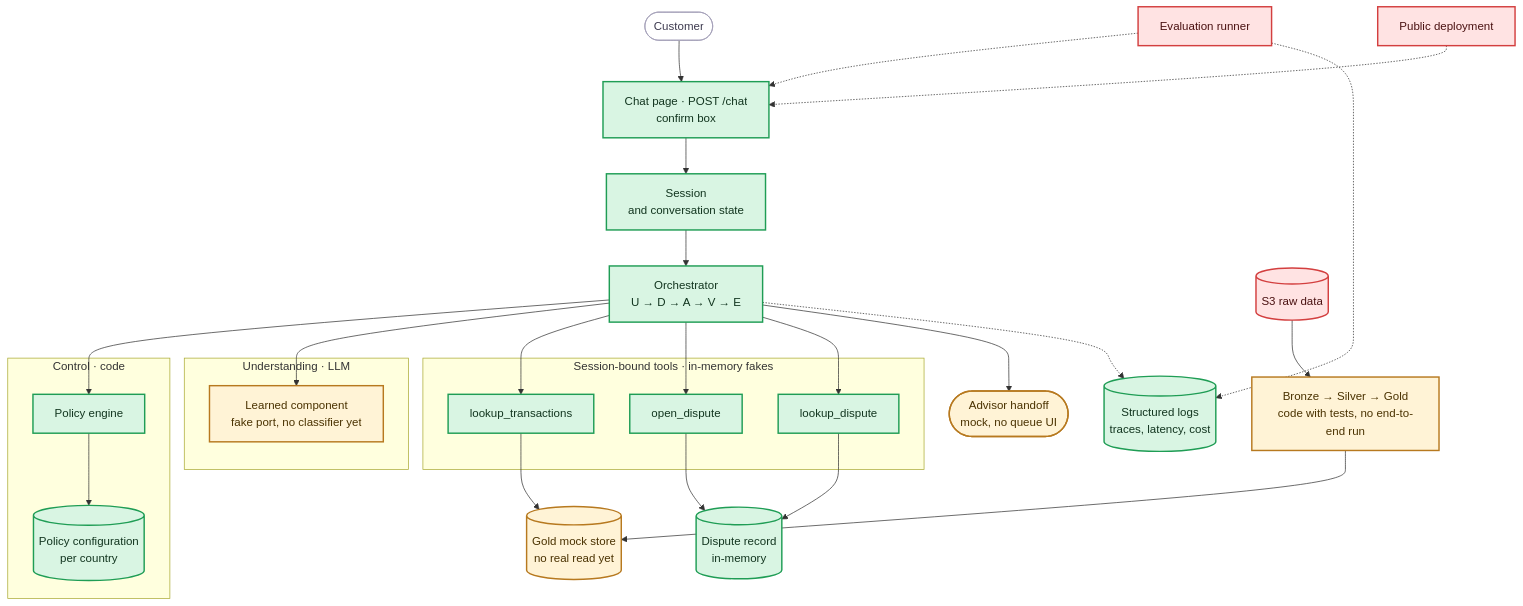
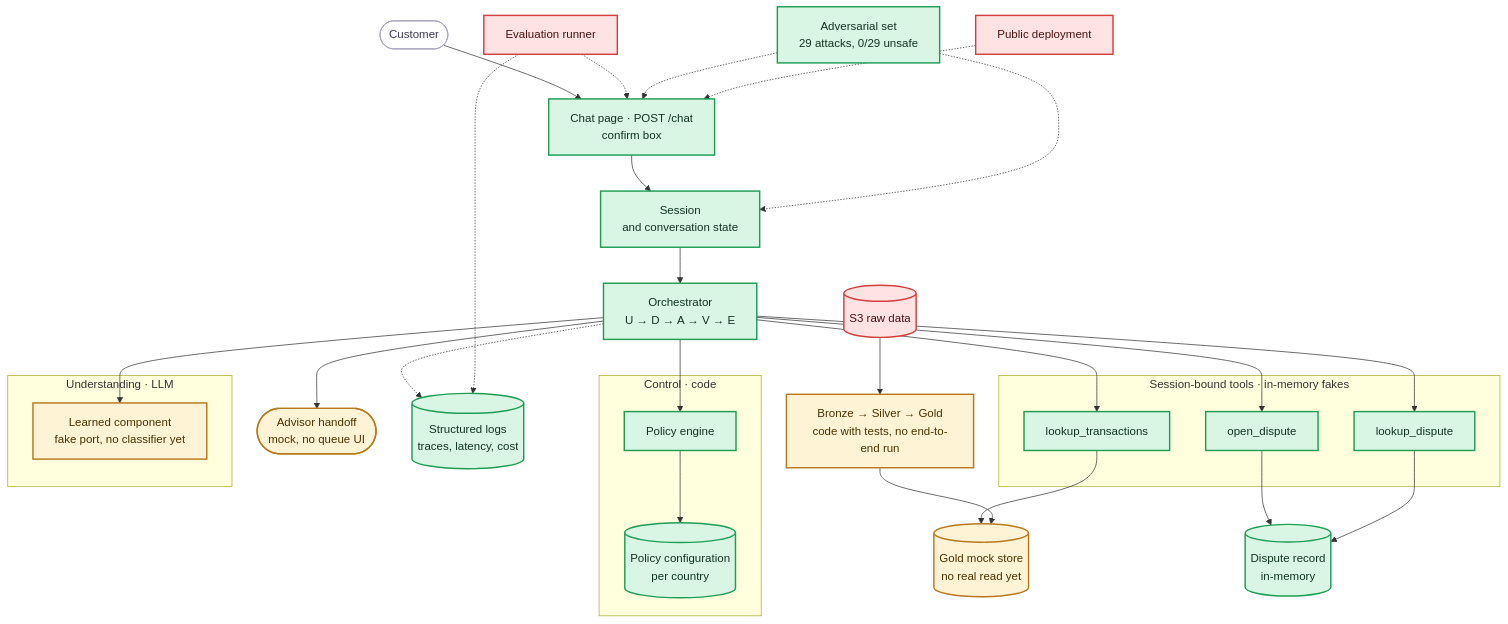
One commit to rdorta27/factored-hackathon-2026-sentinel-engine changed the diagram in team/component-status.md. Above: the diagram before and after it, drawn with Mermaid. The commit also changed other lines of this file and 4 other files, not shown here.

````diff
--- a/team/component-status.md
+++ b/team/component-status.md
@@ -7,43 +7,45 @@
 ```mermaid
 flowchart TB
     client(["Customer"]) --> chat["Chat page · POST /chat<br/>confirm box"]
     chat --> session["Session<br/>and conversation state"]
     session --> orch["Orchestrator<br/>U → D → A → V → E"]
 
     subgraph control["Control · code"]
         policy["Policy engine"]
         config[("Policy configuration<br/>per country")]
         policy --> config
     end
     subgraph toolset["Session-bound tools · in-memory fakes"]
         lookup["lookup_transactions"]
         open["open_dispute"]
         verify["lookup_dispute"]
     end
     subgraph brain["Understanding · LLM"]
         learned["Learned component<br/>fake port, no classifier yet"]
     end
 
     orch --> policy
     orch --> learned
     orch --> lookup & open & verify
     lookup --> goldmock[("Gold mock store<br/>no real read yet")]
     open --> disputes[("Dispute record<br/>in-memory")]
     verify --> disputes
     orch --> handoff(["Advisor handoff<br/>mock, no queue UI"])
     orch -.-> logs[("Structured logs<br/>traces, latency, cost")]
     evalr["Evaluation runner"] -.-> chat
     evalr -.-> logs
+    tests["Adversarial set<br/>29 attacks, 0/29 unsafe"] -.-> chat
+    tests -.-> session
     s3[("S3 raw data")] --> pipeline["Bronze → Silver → Gold<br/>code with tests, no end-to-end run"]
     pipeline --> goldmock
     deploy["Public deployment"] -.-> chat
 
     classDef done fill:#d9f5e3,stroke:#1f9d55,stroke-width:2px,color:#12351f
     classDef partial fill:#fff3d6,stroke:#b7791f,stroke-width:2px,color:#4a3200
     classDef missing fill:#ffe3e3,stroke:#d33f3f,stroke-width:2px,color:#4a1111
     classDef ext fill:#ffffff,stroke:#a09cb5,stroke-width:1px,color:#3d3a4f
-    class chat,session,orch,policy,config,lookup,open,verify,disputes,logs done
+    class chat,session,orch,policy,config,lookup,open,verify,disputes,logs,tests done
     class learned,goldmock,handoff,pipeline partial
     class evalr,deploy,s3 missing
     class client ext
 ```
````
